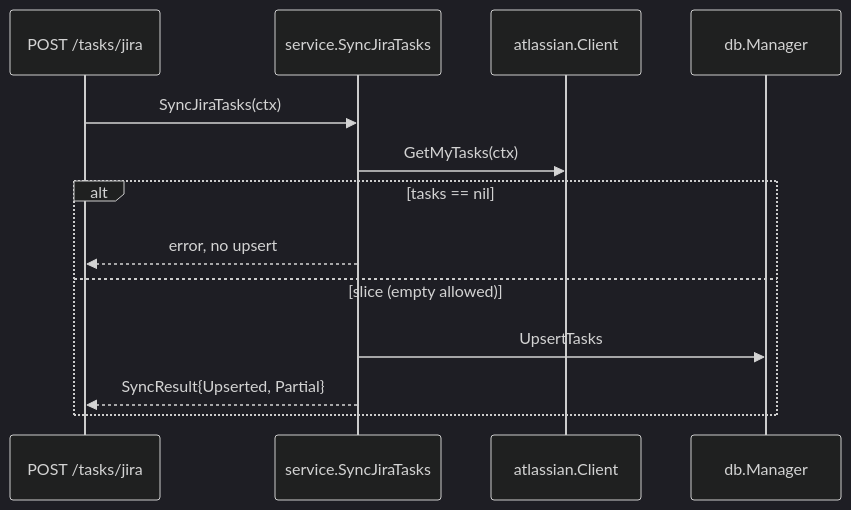
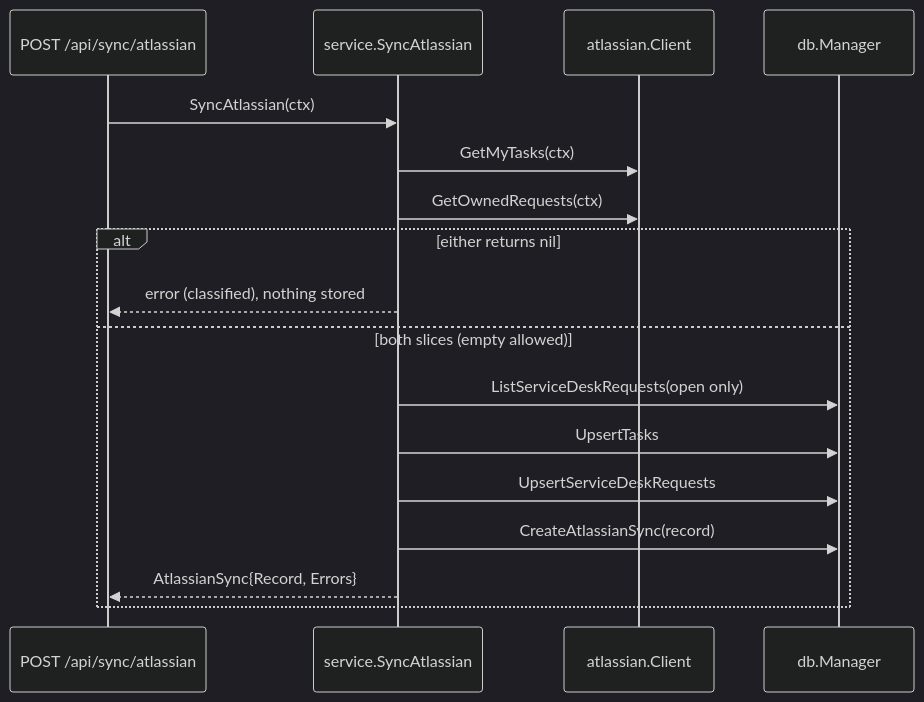
One commit to byron1st/wharf changed the diagram in docs/agents/research/service-desk-requests.md. Above: the diagram before and after it, drawn with Mermaid (dark theme). The commit also changed other lines of this file and 63 other files, not shown here.

````diff
--- a/docs/agents/research/service-desk-requests.md
+++ b/docs/agents/research/service-desk-requests.md
@@ -13,15 +15,19 @@
 ```mermaid
 sequenceDiagram
-    participant H as POST /tasks/jira
-    participant S as service.SyncJiraTasks
+    participant H as POST /api/sync/atlassian
+    participant S as service.SyncAtlassian
     participant C as atlassian.Client
     participant D as db.Manager
-    H->>S: SyncJiraTasks(ctx)
+    H->>S: SyncAtlassian(ctx)
     S->>C: GetMyTasks(ctx)
-    alt tasks == nil
-        S-->>H: error, no upsert
-    else slice (empty allowed)
+    S->>C: GetOwnedRequests(ctx)
+    alt either returns nil
+        S-->>H: error (classified), nothing stored
+    else both slices (empty allowed)
+        S->>D: ListServiceDeskRequests(open only)
         S->>D: UpsertTasks
-        S-->>H: SyncResult{Upserted, Partial}
+        S->>D: UpsertServiceDeskRequests
+        S->>D: CreateAtlassianSync(record)
+        S-->>H: AtlassianSync{Record, Errors}
     end
 ```
````
